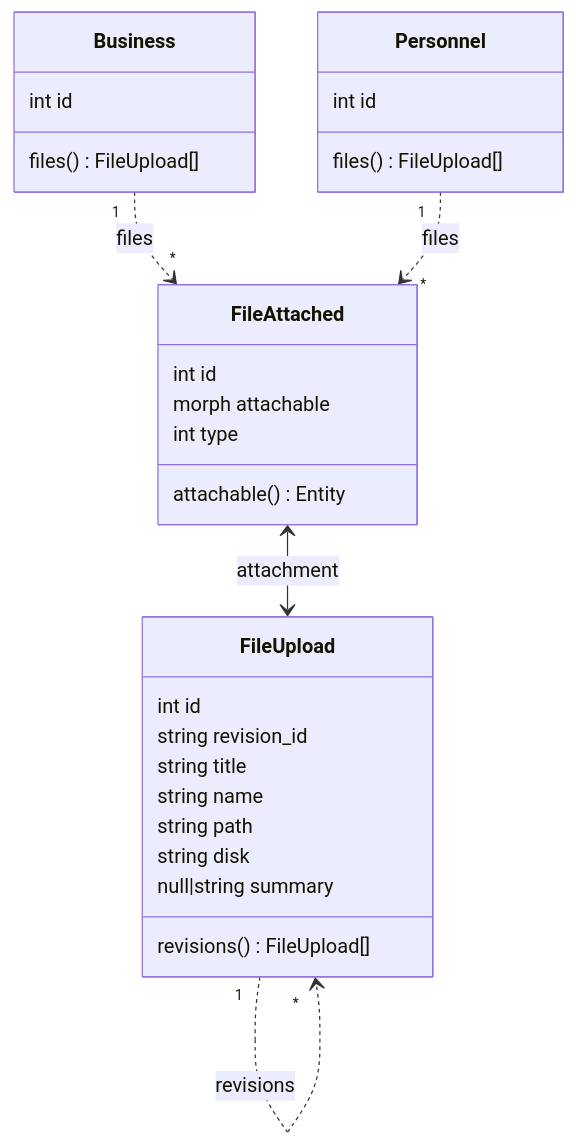
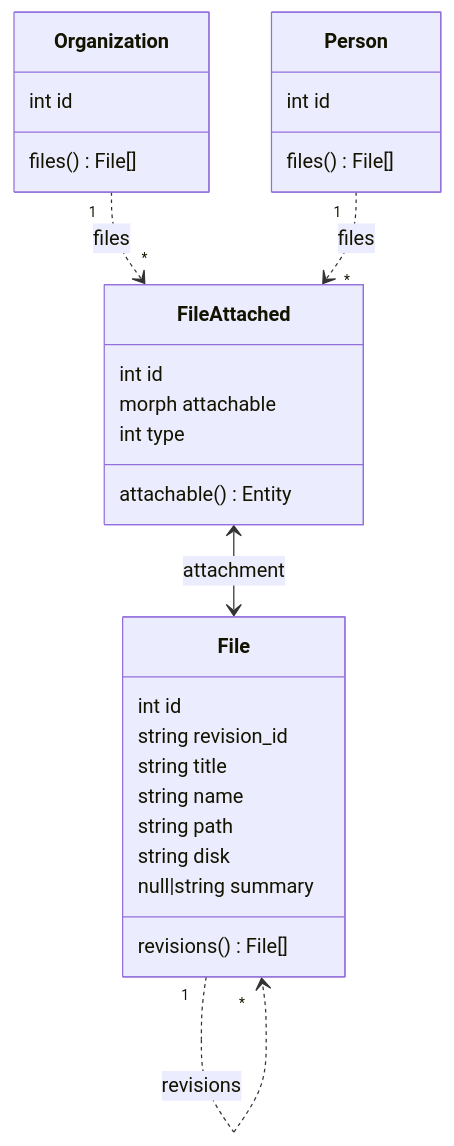
Before and after one commit to creasico/laravel-base: the seventh of 7 diagrams in database/README.md, drawn with Mermaid. The commit also changed other lines of this file and 98 other files, not shown here.

````diff
--- a/database/README.md
+++ b/database/README.md
@@ -473,32 +465,32 @@
 ```mermaid
 classDiagram
-    Business "1" ..> "*" FileAttached : files
-    Personnel "1" ..> "*" FileAttached : files
-    FileUpload "1" ..> "*" FileUpload : revisions
-    FileAttached <--> FileUpload : attachment
+    Organization "1" ..> "*" FileAttached : files
+    Person "1" ..> "*" FileAttached : files
+    File "1" ..> "*" File : revisions
+    FileAttached <--> File : attachment
 
-    class FileUpload {
+    class File {
         int id
         string revision_id
         string title
         string name
         string path
         string disk
         null|string summary
-        revisions() FileUpload[]
+        revisions() File[]
     }
     class FileAttached {
         int id
         morph attachable
         int type
         attachable() Entity
     }
-    class Business~Entity~ {
+    class Organization~Entity~ {
         int id
-        files() FileUpload[]
+        files() File[]
     }
-    class Personnel~Entity~ {
+    class Person~Entity~ {
         int id
-        files() FileUpload[]
+        files() File[]
     }
 ```
````
